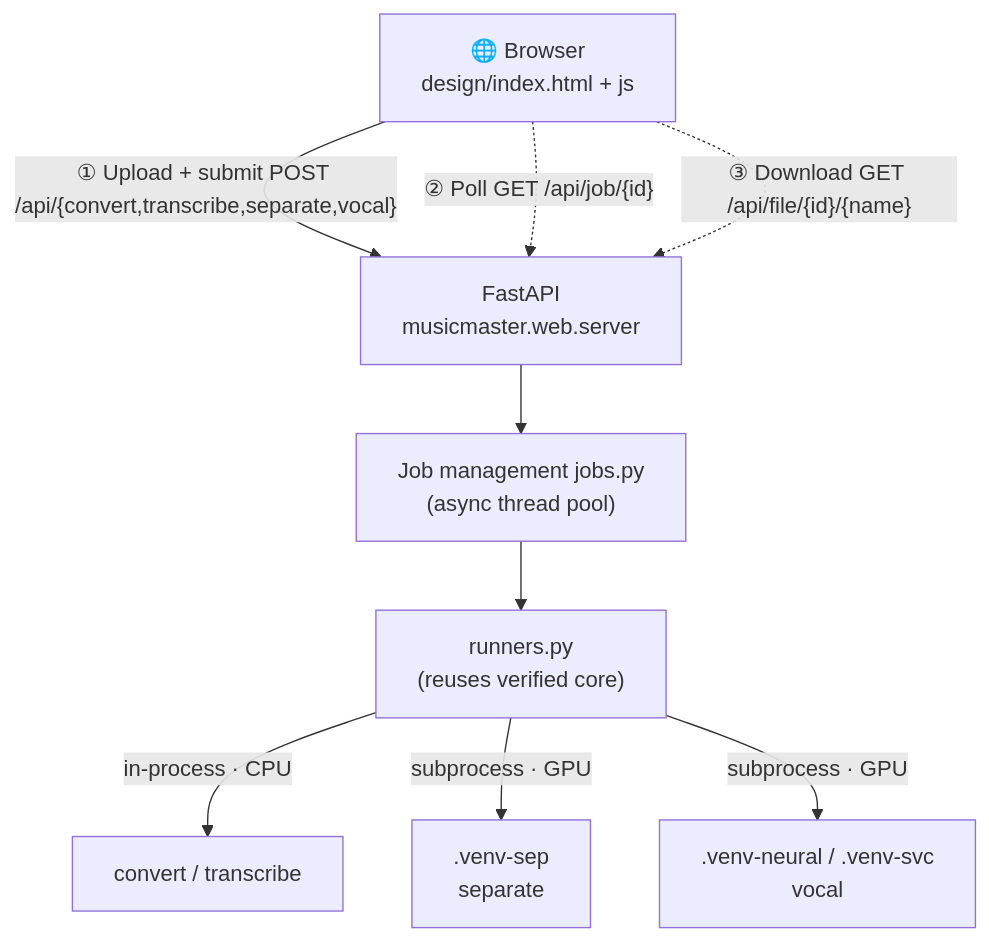
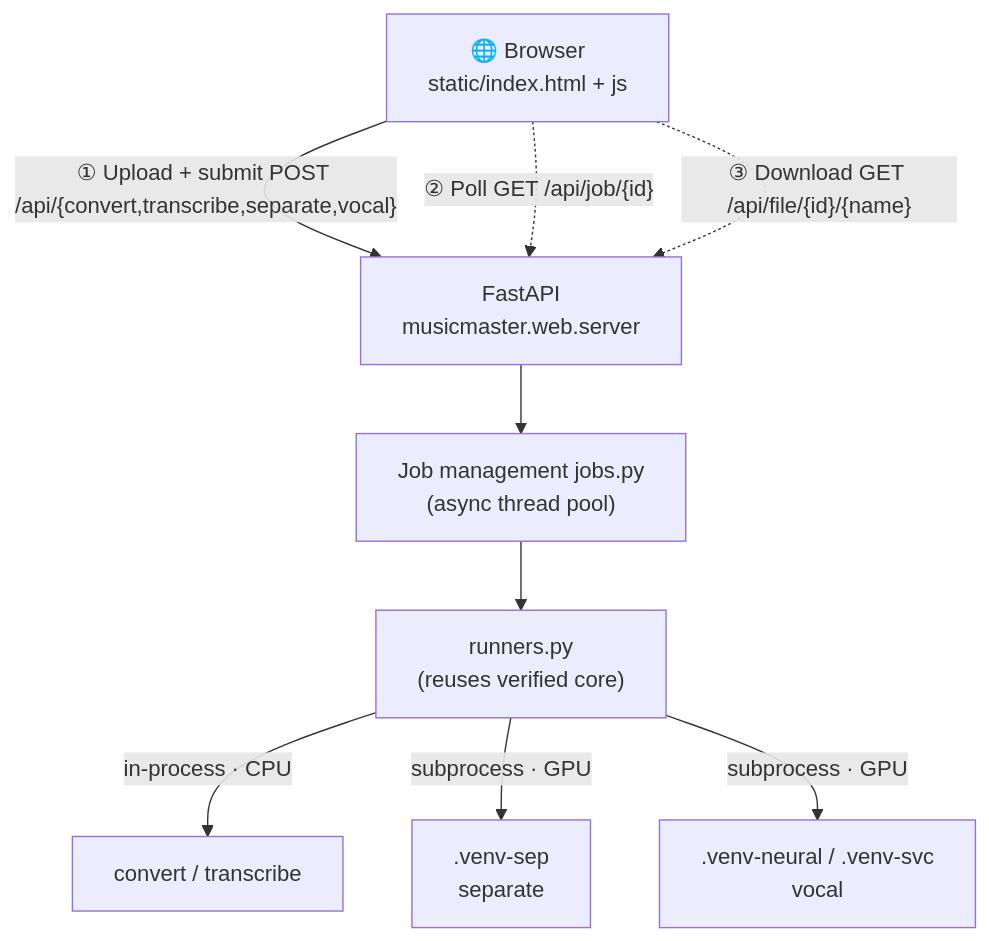
The second of 2 diagrams in README.en.md (Cohenjikan/MusicMaster), drawn with Mermaid before and after one commit. The commit also changed other lines of this file and 10 other files, not shown here.

````diff
--- a/README.en.md
+++ b/README.en.md
@@ -74,12 +227,12 @@
 ```mermaid
 flowchart TB
-  B["🌐 Browser<br/>design/index.html + js"]
+  B["🌐 Browser<br/>static/index.html + js"]
   B -->|"① Upload + submit POST /api/{convert,transcribe,separate,vocal}"| API["FastAPI<br/>musicmaster.web.server"]
   API --> JM["Job management jobs.py<br/>(async thread pool)"]
   JM --> RN["runners.py<br/>(reuses verified core)"]
   RN -->|in-process · CPU| CV["convert / transcribe"]
   RN -->|subprocess · GPU| SP[".venv-sep<br/>separate"]
   RN -->|subprocess · GPU| VO[".venv-neural / .venv-svc<br/>vocal"]
   B -.->|"② Poll GET /api/job/{id}"| API
   B -.->|"③ Download GET /api/file/{id}/{name}"| API
 ```
````
